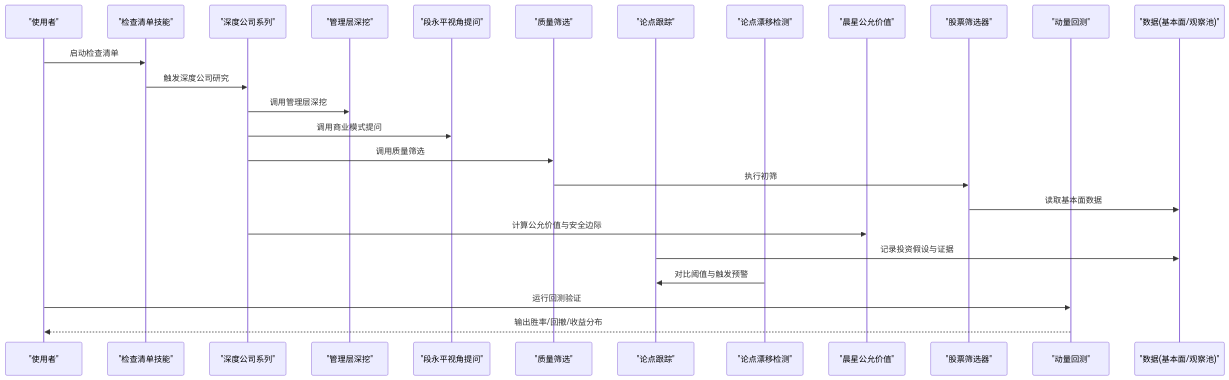
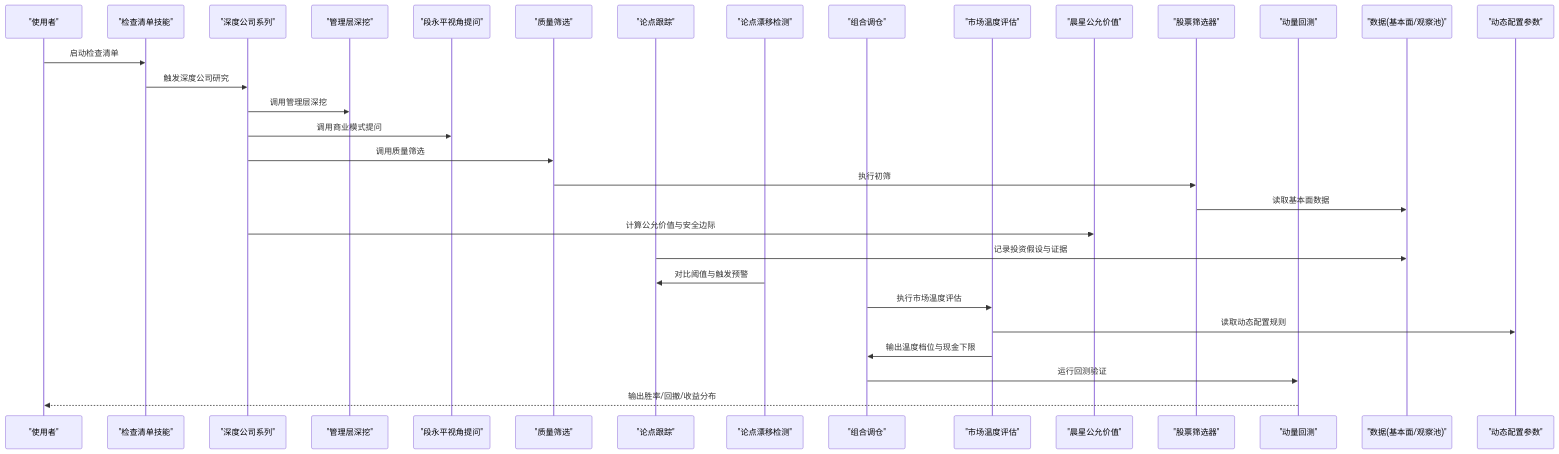
The second of 7 diagrams in .qoder/repowiki/zh/content/投资方法论/投资方法论.md (Ted-Engineer/ai-berkshire), drawn with Mermaid before and after one commit. The commit also changed other lines of this file and 87 other files, not shown here.

````diff
--- a/.qoder/repowiki/zh/content/投资方法论/投资方法论.md
+++ b/.qoder/repowiki/zh/content/投资方法论/投资方法论.md
@@ -160,27 +167,33 @@
 ```mermaid
 sequenceDiagram
 participant U as "使用者"
 participant CL as "检查清单技能"
 participant DC as "深度公司系列"
 participant MG as "管理层深挖"
 participant DY as "段永平视角提问"
 participant QS as "质量筛选"
 participant TT as "论点跟踪"
 participant TD as "论点漂移检测"
+participant PR as "组合调仓"
+participant MT as "市场温度评估"
 participant MV as "晨星公允价值"
 participant SC as "股票筛选器"
 participant BT as "动量回测"
 participant DF as "数据(基本面/观察池)"
+participant PT as "动态配置参数"
 U->>CL : 启动检查清单
 CL->>DC : 触发深度公司研究
 DC->>MG : 调用管理层深挖
 DC->>DY : 调用商业模式提问
 DC->>QS : 调用质量筛选
 QS->>SC : 执行初筛
 SC->>DF : 读取基本面数据
 DC->>MV : 计算公允价值与安全边际
 TT->>DF : 记录投资假设与证据
 TD->>TT : 对比阈值与触发预警
-U->>BT : 运行回测验证
+PR->>MT : 执行市场温度评估
+MT->>PT : 读取动态配置规则
+MT->>PR : 输出温度档位与现金下限
+PR->>BT : 运行回测验证
 BT-->>U : 输出胜率/回撤/收益分布
 ```
````
